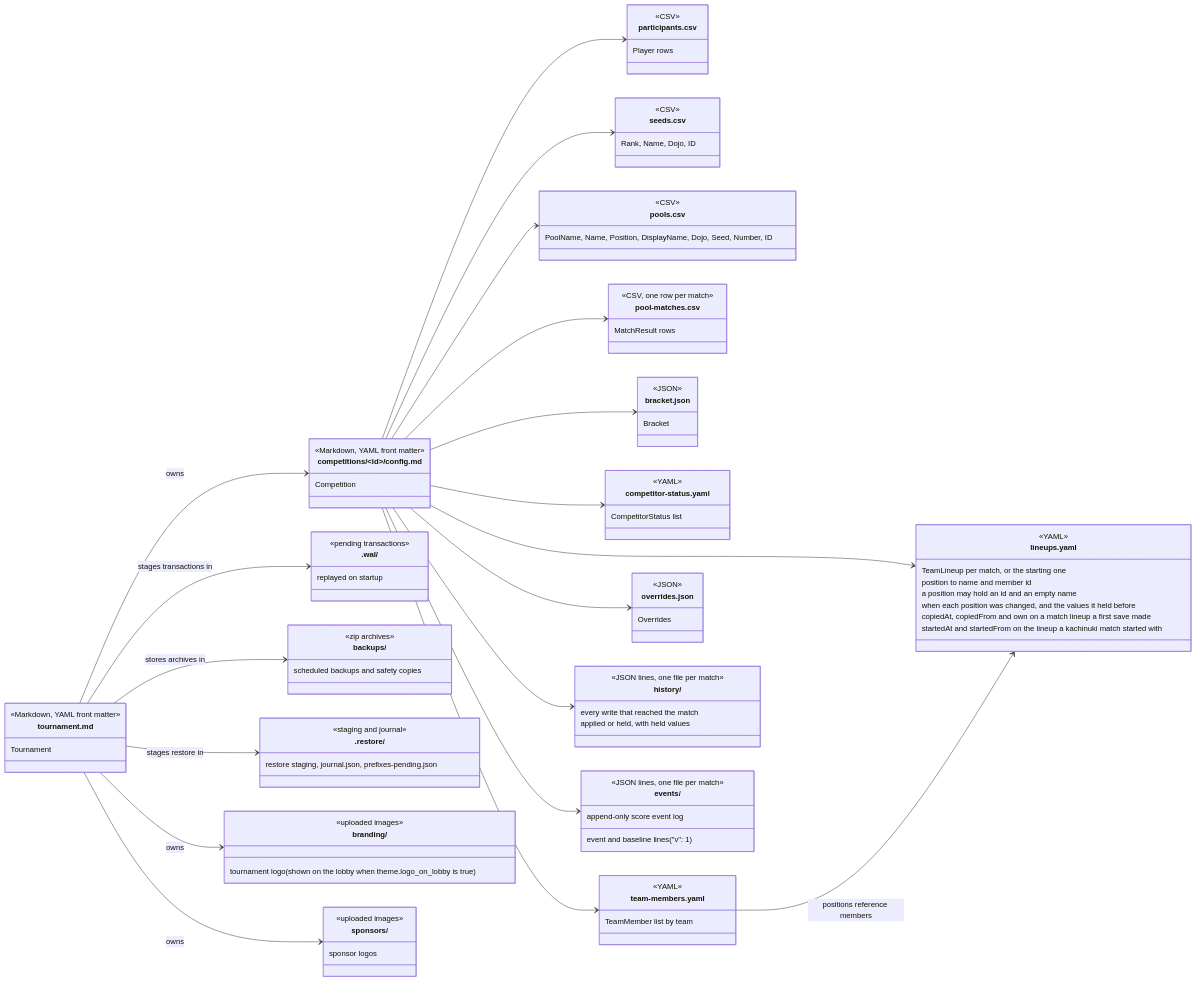
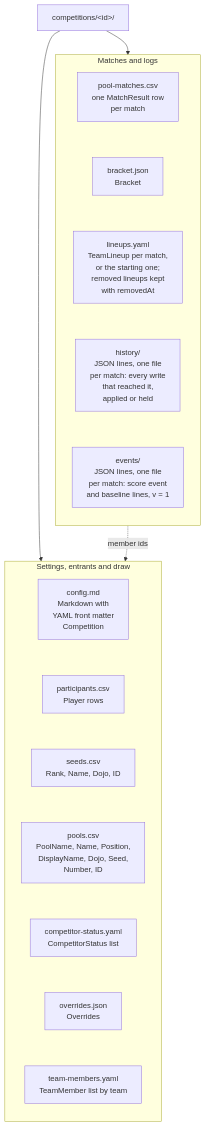
Before and after one commit to gitrgoliveira/bracket-creator: the seventh of 8 diagrams in docs/architecture/data-model.md, drawn with Mermaid. The commit also changed other lines of this file and 49 other files, not shown here.

First line of the commit message:
fix(bc-arch): one transaction for participant edits; WAL stale-log guard; architecture docs

````diff
--- a/docs/architecture/data-model.md
+++ b/docs/architecture/data-model.md
@@ -591,103 +685,30 @@
 ```mermaid
-classDiagram
-    direction LR
+flowchart TB
+    comp_dir["competitions/#lt;id#gt;/"]
 
-    class tournament_md["tournament.md"] {
-        <<Markdown, YAML front matter>>
-        Tournament
-    }
-    class config_md["competitions/&lt;id&gt;/config.md"] {
-        <<Markdown, YAML front matter>>
-        Competition
-    }
-    class participants_csv["participants.csv"] {
-        <<CSV>>
-        Player rows
-    }
-    class seeds_csv["seeds.csv"] {
-        <<CSV>>
-        Rank, Name, Dojo, ID
-    }
-    class pools_csv["pools.csv"] {
-        <<CSV>>
-        PoolName, Name, Position, DisplayName, Dojo, Seed, Number, ID
-    }
-    class pool_matches_csv["pool-matches.csv"] {
-        <<CSV, one row per match>>
-        MatchResult rows
-    }
-    class bracket_json["bracket.json"] {
-        <<JSON>>
-        Bracket
-    }
-    class status_yaml["competitor-status.yaml"] {
-        <<YAML>>
-        CompetitorStatus list
-    }
-    class lineups_yaml["lineups.yaml"] {
-        <<YAML>>
-        TeamLineup per match, or the starting one
-        position to name and member id
-        a position may hold an id and an empty name
-        when each position was changed, and the values it held before
-        copiedAt, copiedFrom and own on a match lineup a first save made
-        startedAt and startedFrom on the lineup a kachinuki match started with
-    }
-    class team_members_yaml["team-members.yaml"] {
-        <<YAML>>
-        TeamMember list by team
-    }
-    class overrides_json["overrides.json"] {
-        <<JSON>>
-        Overrides
-    }
-    class history_dir["history/"] {
-        <<JSON lines, one file per match>>
-        every write that reached the match
-        applied or held, with held values
-    }
-    class events_dir["events/"] {
-        <<JSON lines, one file per match>>
-        append-only score event log
-        event and baseline lines ("v": 1)
-    }
-    class wal[".wal/"] {
-        <<pending transactions>>
-        replayed on startup
-    }
-    class backups_dir["backups/"] {
-        <<zip archives>>
-        scheduled backups and safety copies
-    }
-    class restore_dir[".restore/"] {
-        <<staging and journal>>
-        restore staging, journal.json, prefixes-pending.json
-    }
-    class branding_dir["branding/"] {
-        <<uploaded images>>
-        tournament logo (shown on the lobby when theme.logo_on_lobby is true)
-    }
-    class sponsors_dir["sponsors/"] {
-        <<uploaded images>>
-        sponsor logos
-    }
+    subgraph roster ["Settings, entrants and draw"]
+        direction TB
+        config_md["config.md<br/>Markdown with<br/>YAML front matter<br/>Competition"]
+        participants_csv["participants.csv<br/>Player rows"]
+        seeds_csv["seeds.csv<br/>Rank, Name, Dojo, ID"]
+        pools_csv["pools.csv<br/>PoolName, Name, Position,<br/>DisplayName, Dojo, Seed,<br/>Number, ID"]
+        status_yaml["competitor-status.yaml<br/>CompetitorStatus list"]
+        overrides_json["overrides.json<br/>Overrides"]
+        team_members_yaml["team-members.yaml<br/>TeamMember list by team"]
+        config_md ~~~ participants_csv ~~~ seeds_csv ~~~ pools_csv ~~~ status_yaml ~~~ overrides_json ~~~ team_members_yaml
+    end
 
-    tournament_md --> config_md : owns
-    tournament_md --> branding_dir : owns
-    tournament_md --> sponsors_dir : owns
-    tournament_md --> wal : stages transactions in
-    tournament_md --> backups_dir : stores archives in
-    tournament_md --> restore_dir : stages restore in
-    config_md --> participants_csv
-    config_md --> seeds_csv
-    config_md --> pools_csv
-    config_md --> pool_matches_csv
-    config_md --> bracket_json
-    config_md --> status_yaml
-    config_md --> lineups_yaml
-    config_md --> team_members_yaml
-    config_md --> overrides_json
-    config_md --> history_dir
-    config_md --> events_dir
-    team_members_yaml --> lineups_yaml : positions reference members
+    subgraph results ["Matches and logs"]
+        direction TB
+        pool_matches_csv["pool-matches.csv<br/>one MatchResult row<br/>per match"]
+        bracket_json["bracket.json<br/>Bracket"]
+        lineups_yaml["lineups.yaml<br/>TeamLineup per match,<br/>or the starting one;<br/>removed lineups kept<br/>with removedAt"]
+        history_dir["history/<br/>JSON lines, one file<br/>per match: every write<br/>that reached it,<br/>applied or held"]
+        events_dir["events/<br/>JSON lines, one file<br/>per match: score event<br/>and baseline lines, v = 1"]
+        pool_matches_csv ~~~ bracket_json ~~~ lineups_yaml ~~~ history_dir ~~~ events_dir
+    end
+
+    comp_dir --> roster
+    comp_dir --> results
+    lineups_yaml -. "member ids" .-> team_members_yaml
 ```
````
